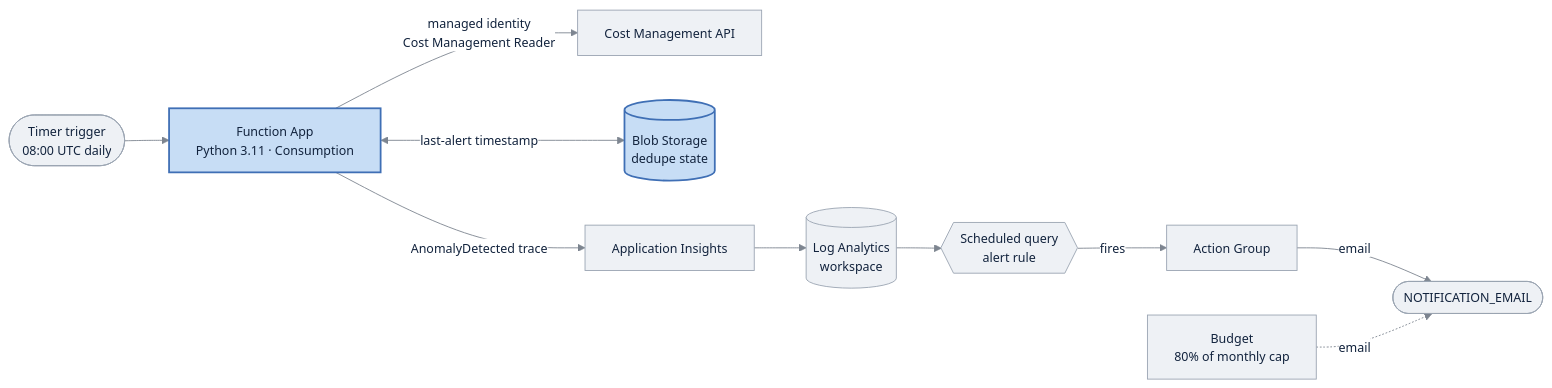
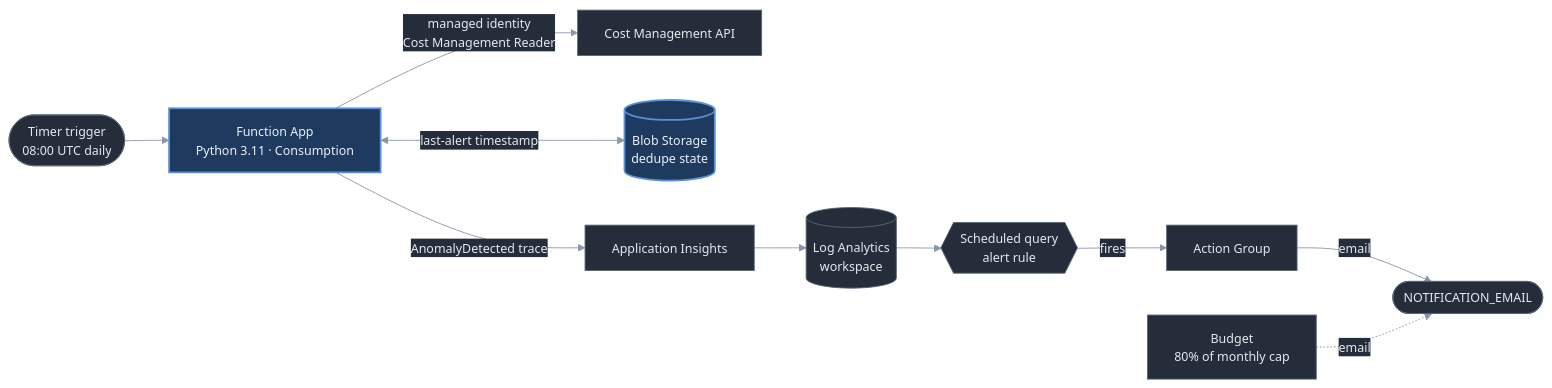
One commit to realitylvn/azure-cost-sentinel changed the diagram in README.md. Above: the diagram before and after it, drawn with Mermaid.

Commit message:
README: dark Mermaid palette - fixes the light cylinder/stadium shapes without re-theming the whole diagram

````diff
--- a/README.md
+++ b/README.md
@@ -39,29 +39,29 @@
 ```mermaid
 %%{init: {'theme':'base', 'themeVariables': {
   'fontSize':'14px',
-  'primaryColor':'#dce8fa',
-  'primaryTextColor':'#12233d',
-  'primaryBorderColor':'#5b7fbf',
-  'lineColor':'#7d8590',
-  'textColor':'#12233d',
-  'edgeLabelBackground':'#ffffff'
+  'primaryColor':'#252d3a',
+  'primaryTextColor':'#e6e9ef',
+  'primaryBorderColor':'#5b6675',
+  'lineColor':'#8b95a5',
+  'textColor':'#e6e9ef',
+  'edgeLabelBackground':'#252d3a'
 }}}%%
 flowchart LR
     timer([Timer trigger<br/>08:00 UTC daily]) --> fn[Function App<br/>Python 3.11 · Consumption]
 
     fn -->|"managed identity<br/>Cost Management Reader"| cm[Cost Management API]
     fn <-->|"last-alert timestamp"| blob[(Blob Storage<br/>dedupe state)]
     fn -->|"AnomalyDetected trace"| ai[Application Insights]
 
     ai --> law[(Log Analytics<br/>workspace)]
     law --> alert{{Scheduled query<br/>alert rule}}
     alert -->|fires| ag[Action Group]
     ag -->|email| mail([NOTIFICATION_EMAIL])
 
     budget[Budget<br/>80% of monthly cap] -.->|email| mail
 
-    classDef built fill:#c7ddf5,stroke:#3f6fb5,stroke-width:2px,color:#12233d;
-    classDef ext fill:#eef1f5,stroke:#9aa4b2,color:#12233d;
+    classDef built fill:#1e3a5f,stroke:#5b8fd6,stroke-width:2px,color:#eaf2fb;
+    classDef ext fill:#252d3a,stroke:#5b6675,color:#e6e9ef;
     class fn,blob built;
     class timer,cm,ai,law,alert,ag,mail,budget ext;
 ```
````
